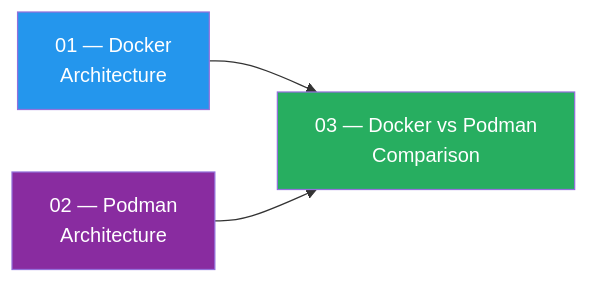
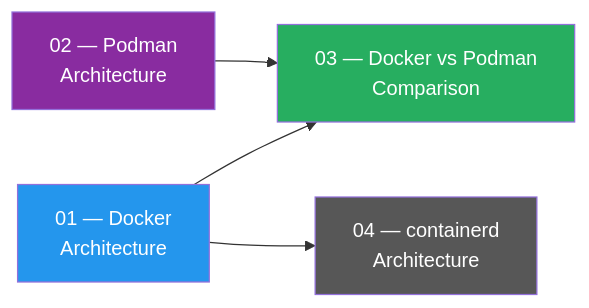
The diagram in notes/02-container-runtimes/README.md (abhishekbansal012/docker-mastery), drawn with Mermaid before and after one commit. The commit also changed other lines of this file and 28 other files, not shown here.

````diff
--- a/notes/02-container-runtimes/README.md
+++ b/notes/02-container-runtimes/README.md
@@ -21,9 +22,11 @@
 ```mermaid
 graph LR
     A["01 — Docker<br/>Architecture"] --> C["03 — Docker vs Podman<br/>Comparison"]
     B["02 — Podman<br/>Architecture"] --> C
+    A --> D["04 — containerd<br/>Architecture"]
 
     style A fill:#2496ED,color:#fff
     style B fill:#892ca0,color:#fff
     style C fill:#27ae60,color:#fff
+    style D fill:#575757,color:#fff
 ```
````
